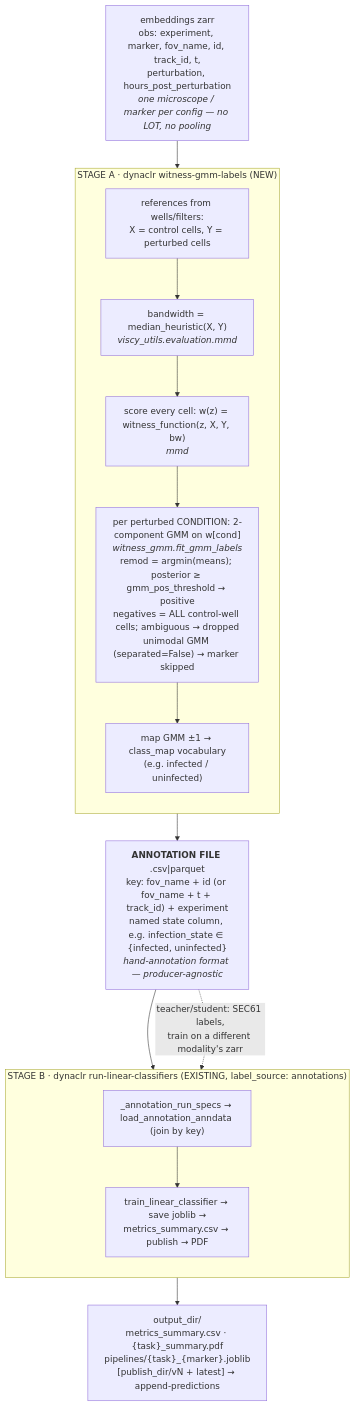
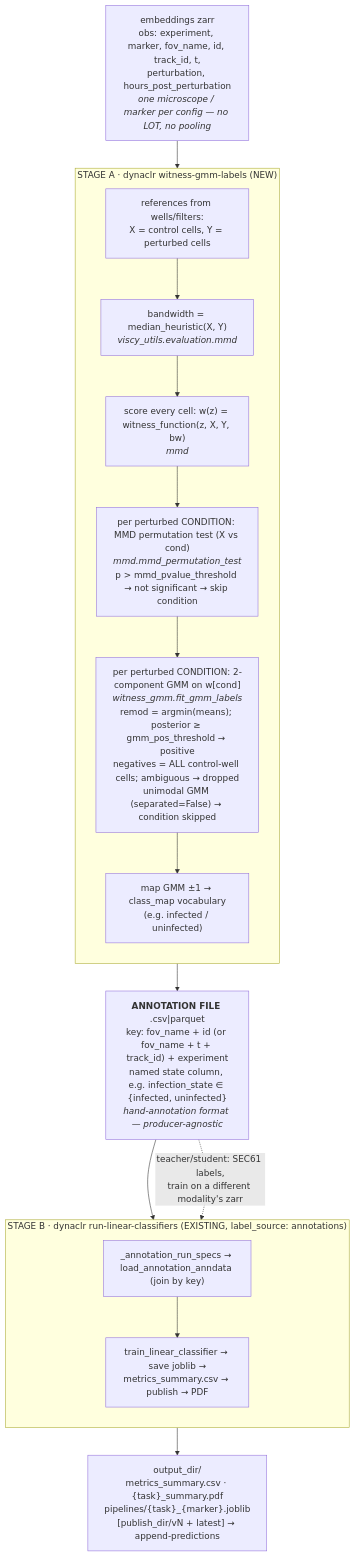
Before and after one commit to mehta-lab/VisCy: the first of 3 diagrams in applications/dynaclr/docs/DAGs/witness_gmm_classifiers.md, drawn with Mermaid. The commit also changed other lines of this file and 4 other files, not shown here.

First line of the commit message:
feat(dynaclr): MMD significance gate before witness-GMM labeling

````diff
--- a/applications/dynaclr/docs/DAGs/witness_gmm_classifiers.md
+++ b/applications/dynaclr/docs/DAGs/witness_gmm_classifiers.md
@@ -18,28 +18,29 @@
 ```mermaid
 flowchart TD
     Z["embeddings zarr<br/>obs: experiment, marker, fov_name, id, track_id, t,<br/>perturbation, hours_post_perturbation<br/><i>one microscope / marker per config — no LOT, no pooling</i>"]
 
     subgraph A["STAGE A · dynaclr witness-gmm-labels (NEW)"]
         direction TB
         A1["references from wells/filters:<br/>X = control cells, Y = perturbed cells"]
         A2["bandwidth = median_heuristic(X, Y)<br/><i>viscy_utils.evaluation.mmd</i>"]
         A3["score every cell: w(z) = witness_function(z, X, Y, bw)<br/><i>mmd</i>"]
-        A4["per perturbed CONDITION: 2-component GMM on w[cond]<br/><i>witness_gmm.fit_gmm_labels</i><br/>remod = argmin(means); posterior ≥ gmm_pos_threshold → positive<br/>negatives = ALL control-well cells; ambiguous → dropped<br/>unimodal GMM (separated=False) → marker skipped"]
+        AG["per perturbed CONDITION: MMD permutation test (X vs cond)<br/><i>mmd.mmd_permutation_test</i><br/>p > mmd_pvalue_threshold → not significant → skip condition"]
+        A4["per perturbed CONDITION: 2-component GMM on w[cond]<br/><i>witness_gmm.fit_gmm_labels</i><br/>remod = argmin(means); posterior ≥ gmm_pos_threshold → positive<br/>negatives = ALL control-well cells; ambiguous → dropped<br/>unimodal GMM (separated=False) → condition skipped"]
         A5["map GMM ±1 → class_map vocabulary<br/>(e.g. infected / uninfected)"]
-        A1 --> A2 --> A3 --> A4 --> A5
+        A1 --> A2 --> A3 --> AG --> A4 --> A5
     end
 
     LBL["<b>ANNOTATION FILE</b> <label_column>.csv|parquet<br/>key: fov_name + id (or fov_name + t + track_id) + experiment<br/>named state column, e.g. infection_state ∈ {infected, uninfected}<br/><i>hand-annotation format — producer-agnostic</i>"]
 
     subgraph B["STAGE B · dynaclr run-linear-classifiers (EXISTING, label_source: annotations)"]
         direction TB
         B1["_annotation_run_specs → load_annotation_anndata (join by key)"]
         B2["train_linear_classifier → save joblib →<br/>metrics_summary.csv → publish → PDF"]
         B1 --> B2
     end
 
     OUT["output_dir/<br/>metrics_summary.csv · {task}_summary.pdf<br/>pipelines/{task}_{marker}.joblib<br/>[publish_dir/vN + latest] → append-predictions"]
 
     Z --> A --> LBL --> B --> OUT
     LBL -. "teacher/student: SEC61 labels,<br/>train on a different modality's zarr" .-> B
 ```
````
